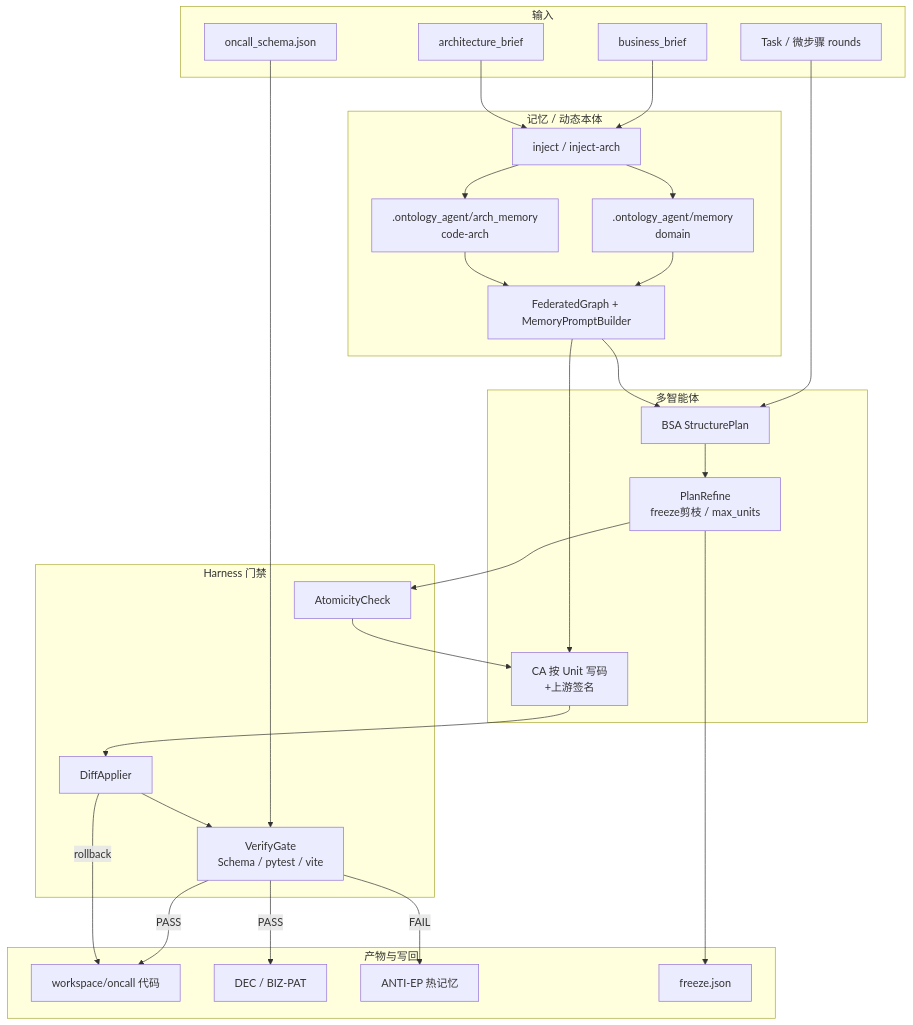
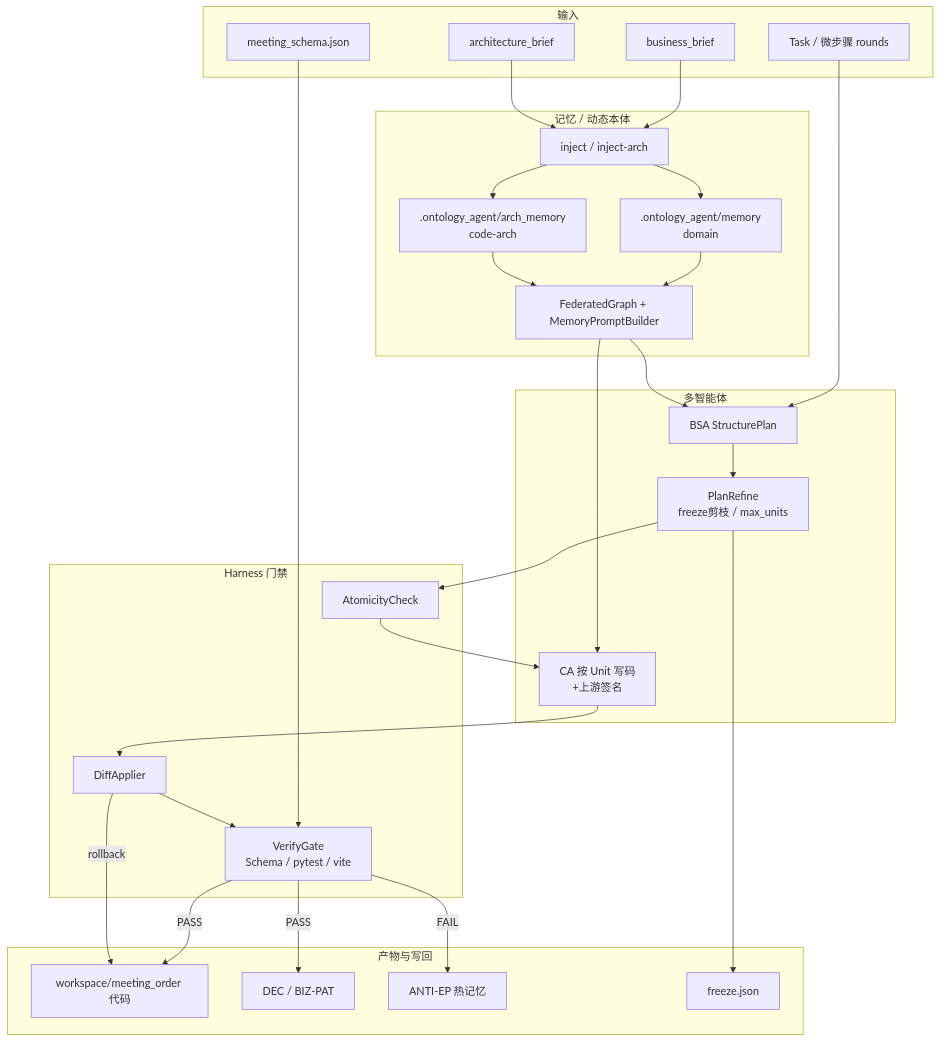
Before and after one commit to allengaoo/ontology-engine-demo: the diagram in ifclubdemo/README.md, drawn with Mermaid. The commit also changed other lines of this file and 35 other files, not shown here.

First line of the commit message:
refactor(ifclubdemo): 移除 oncall 排班系统，确立 meeting_order 为唯一主线

````diff
--- a/ifclubdemo/README.md
+++ b/ifclubdemo/README.md
@@ -61,52 +61,52 @@
 ```mermaid
 flowchart TB
   subgraph Input["输入"]
     T[Task / 微步骤 rounds]
     B[business_brief]
     A[architecture_brief]
-    S[oncall_schema.json]
+    S[meeting_schema.json]
   end
 
   subgraph Memory["记忆 / 动态本体"]
     Inj[inject / inject-arch]
     Dom[".ontology_agent/memory<br/>domain"]
     Arch[".ontology_agent/arch_memory<br/>code-arch"]
     Fed[FederatedGraph + MemoryPromptBuilder]
   end
 
   subgraph Agents["多智能体"]
     BSA[BSA StructurePlan]
     PR[PlanRefine<br/>freeze剪枝 / max_units]
     CA[CA 按 Unit 写码<br/>+上游签名]
   end
 
   subgraph Harness["Harness 门禁"]
     Atom[AtomicityCheck]
     Diff[DiffApplier]
     VG[VerifyGate<br/>Schema / pytest / vite]
   end
 
   subgraph Out["产物与写回"]
-    WS[workspace/oncall 代码]
+    WS[workspace/meeting_order 代码]
     DEC[DEC / BIZ-PAT]
     ANTI[ANTI-EP 热记忆]
     FZ[freeze.json]
   end
 
   B --> Inj
   A --> Inj
   Inj --> Dom
   Inj --> Arch
   Dom --> Fed
   Arch --> Fed
   T --> BSA
   Fed --> BSA
   Fed --> CA
   S --> VG
   BSA --> PR --> Atom --> CA --> Diff --> VG
   VG -->|PASS| WS
   VG -->|PASS| DEC
   VG -->|FAIL| ANTI
   Diff -->|rollback| WS
   PR --> FZ
 ```
````
